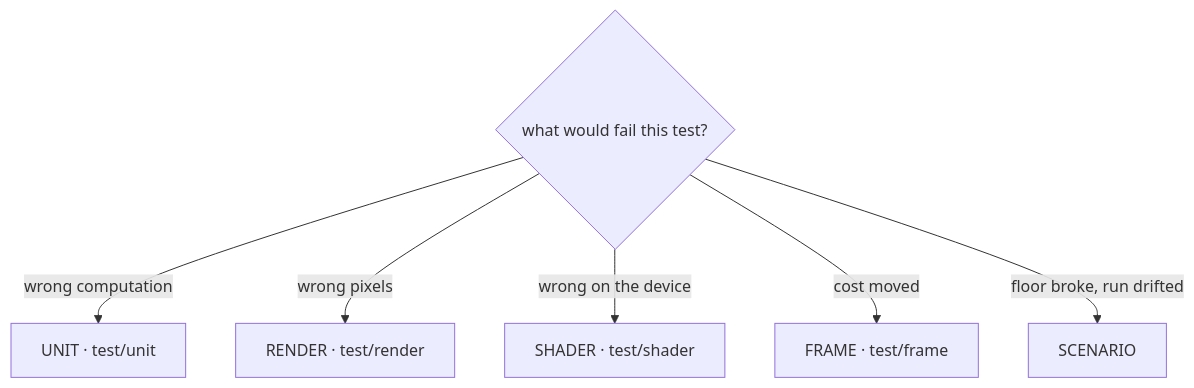
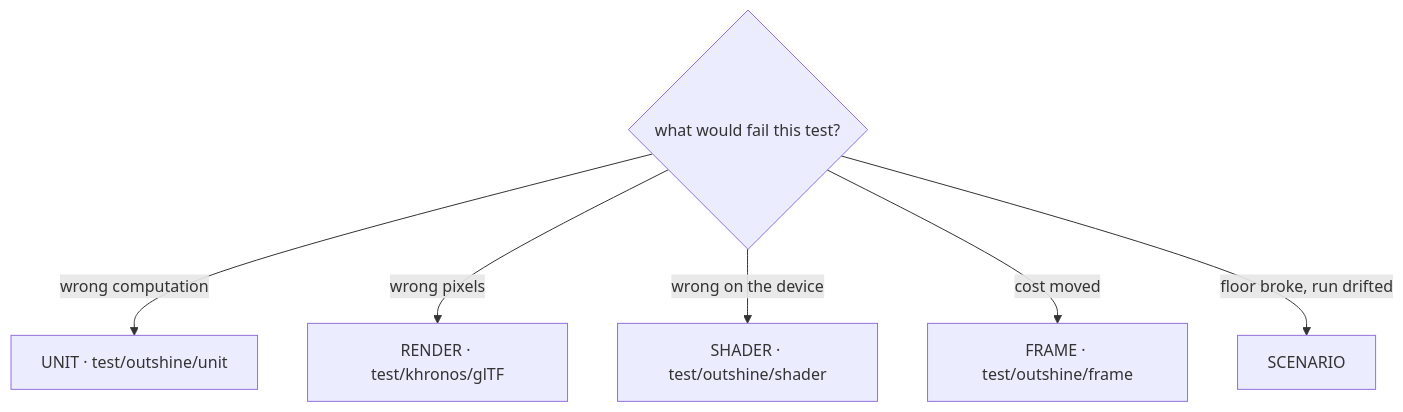
Before and after one commit to Weichwolf/outshine: the fourth of 5 diagrams in CLAUDE.md, drawn with Mermaid. The commit also changed other lines of this file and 335 other files, not shown here.

Commit message:
test/ organised by vendor and role -- khronos/glTF carries the corpus's own model names, outshine/ carries what this engine grows, and each corpus has its own harness over a shared instrument

````diff
--- a/CLAUDE.md
+++ b/CLAUDE.md
@@ -340,9 +340,9 @@
 ```mermaid
 flowchart TD
   q{"what would fail this test?"}
-  q -->|"wrong computation"| u["UNIT · test/unit"]
-  q -->|"wrong pixels"| r["RENDER · test/render"]
-  q -->|"wrong on the device"| s["SHADER · test/shader"]
-  q -->|"cost moved"| f["FRAME · test/frame"]
+  q -->|"wrong computation"| u["UNIT · test/outshine/unit"]
+  q -->|"wrong pixels"| r["RENDER · test/khronos/glTF"]
+  q -->|"wrong on the device"| s["SHADER · test/outshine/shader"]
+  q -->|"cost moved"| f["FRAME · test/outshine/frame"]
   q -->|"floor broke, run drifted"| c["SCENARIO"]
 ```
````
